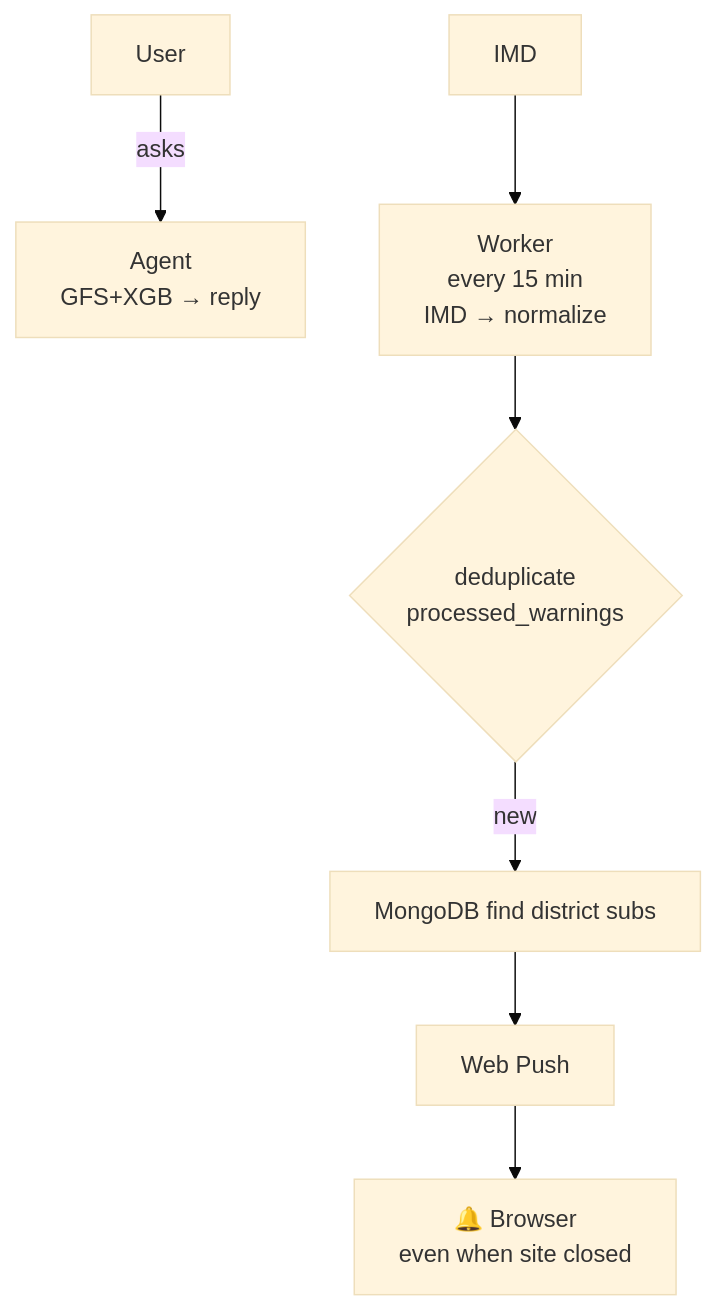
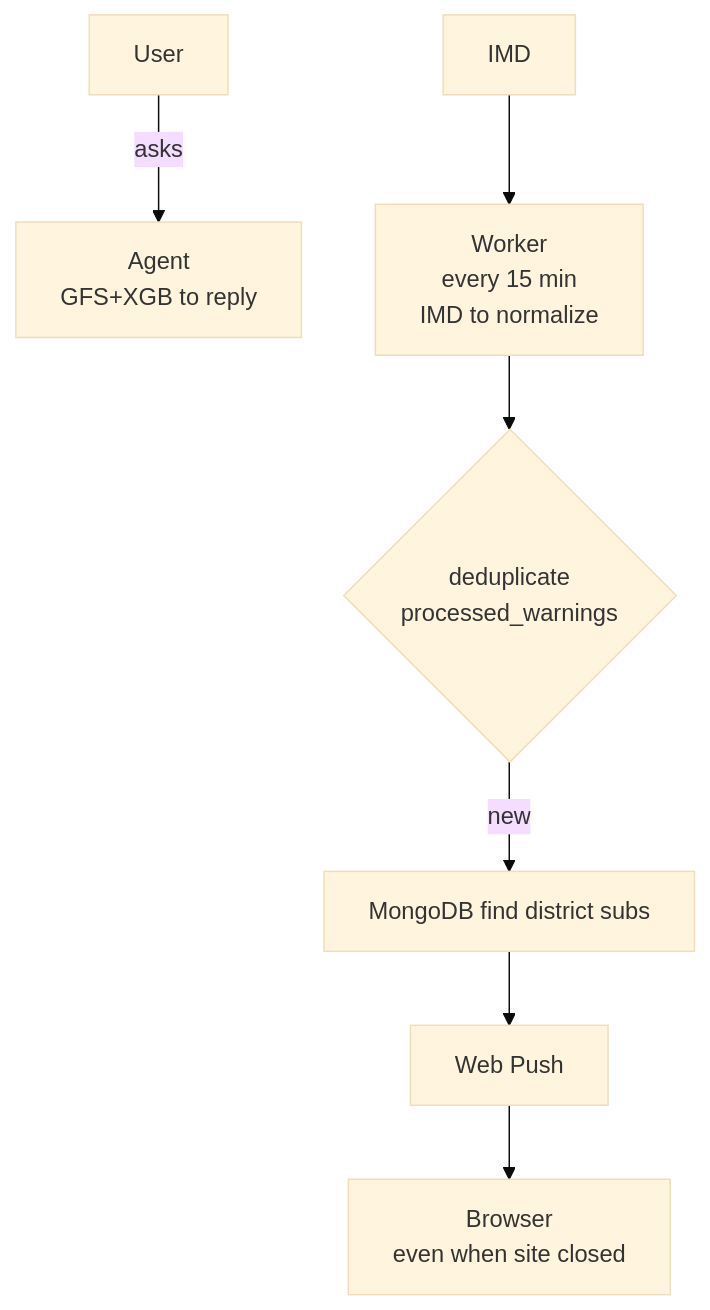
The second of 2 diagrams in README.md (rajrounak21/WeatherGpt), drawn with Mermaid (base theme) before and after one commit. The commit also changed other lines of this file, not shown here.

````diff
--- a/README.md
+++ b/README.md
@@ -150,9 +150,9 @@
 ```mermaid
 graph TD
-    U[User] -->|asks| A[Agent<br/>GFS+XGB → reply]
-    I[IMD] --> W[Worker<br/>every 15 min<br/>IMD → normalize]
-    W --> D{deduplicate<br/>processed_warnings}
-    D -->|new| M[MongoDB find district subs]
-    M --> P[Web Push]
-    P --> U2[🔔 Browser<br/>even when site closed]
+    U["User"] -->|"asks"| A["Agent<br/>GFS+XGB to reply"]
+    I["IMD"] --> W["Worker<br/>every 15 min<br/>IMD to normalize"]
+    W --> D{"deduplicate<br/>processed_warnings"}
+    D -->|"new"| M["MongoDB find district subs"]
+    M --> P["Web Push"]
+    P --> U2["Browser<br/>even when site closed"]
 ```
````
